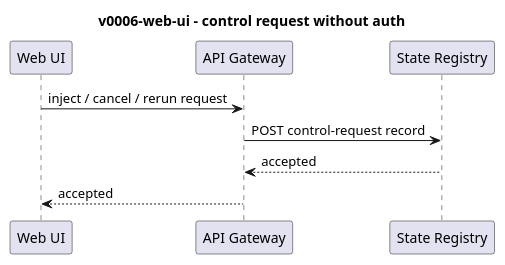
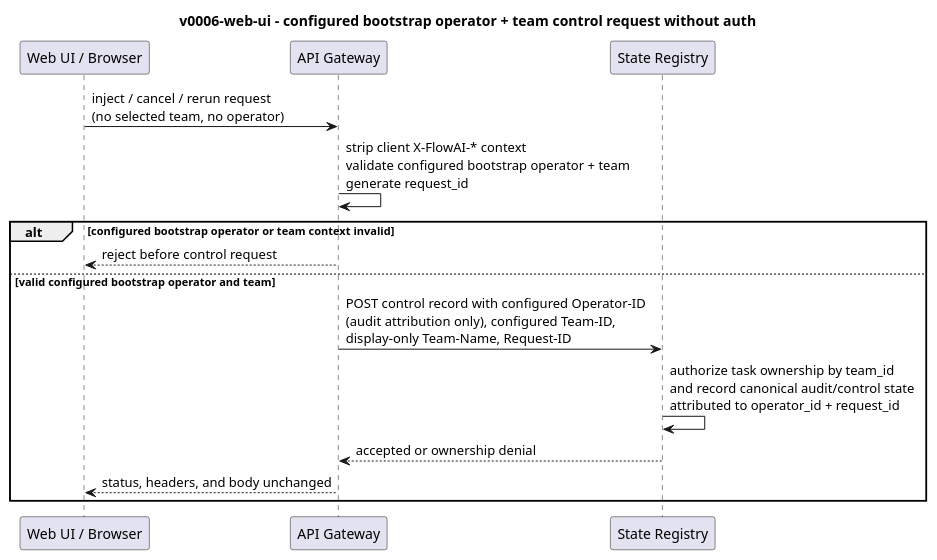
One commit to pandops/flowai changed the diagram in openspec/changes/v0006-web-ui/specs/diagrams/05-control-request-no-auth.puml. Above: the diagram before and after it, drawn with PlantUML. The commit also changed other lines of this file, not shown here.

Commit message:
docs(web-ui): document control flow
Ultraworked with [Sisyphus](https://github.com/code-yeongyu/oh-my-openagent)

```diff
--- a/openspec/changes/v0006-web-ui/specs/diagrams/05-control-request-no-auth.puml
+++ b/openspec/changes/v0006-web-ui/specs/diagrams/05-control-request-no-auth.puml
@@ -1,13 +2,19 @@
 @startuml
-title v0006-web-ui - control request without auth
+title v0006-web-ui - configured bootstrap operator + team control request without auth
 
-participant "Web UI" as UI
+participant "Web UI / Browser" as UI
 participant "API Gateway" as GW
 participant "State Registry" as State
 
-UI -> GW : inject / cancel / rerun request
-GW -> State : POST control-request record
-State --> GW : accepted
-GW --> UI : accepted
+UI -> GW : inject / cancel / rerun request\n(no selected team, no operator)
+GW -> GW : strip client X-FlowAI-* context\nvalidate configured bootstrap operator + team\ngenerate request_id
+alt configured bootstrap operator or team context invalid
+  GW --> UI : reject before control request
+else valid configured bootstrap operator and team
+  GW -> State : POST control record with configured Operator-ID\n(audit attribution only), configured Team-ID,\ndisplay-only Team-Name, Request-ID
+  State -> State : authorize task ownership by team_id\nand record canonical audit/control state\nattributed to operator_id + request_id
+  State --> GW : accepted or ownership denial
+  GW --> UI : status, headers, and body unchanged
+end
 
 @enduml
```
